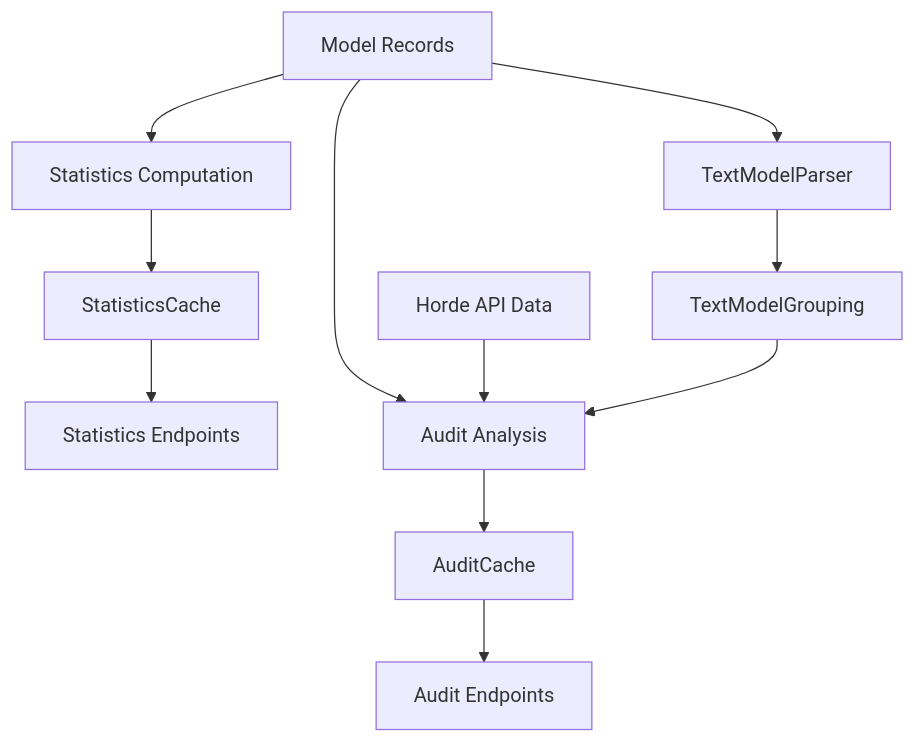
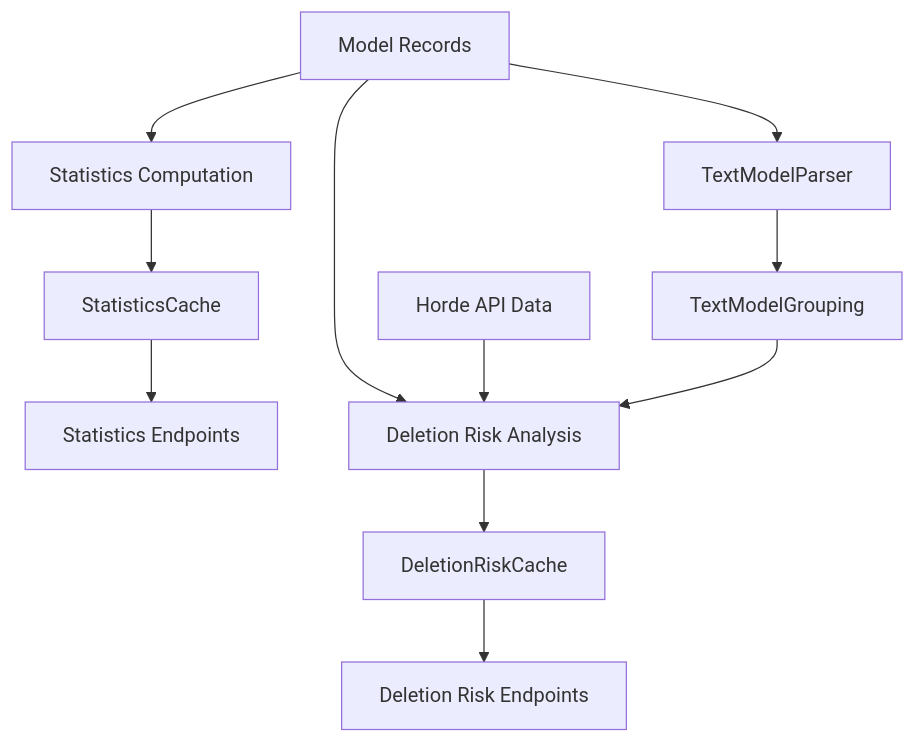
Before and after one commit to Haidra-Org/horde-model-reference: the first of 2 diagrams in docs/concepts/analytics_pipeline.md, drawn with Mermaid. The commit also changed other lines of this file and 41 other files, not shown here.

First line of the commit message:
refactor: 'audit' analysis to deletion_risk

````diff
--- a/docs/concepts/analytics_pipeline.md
+++ b/docs/concepts/analytics_pipeline.md
@@ -7,15 +7,15 @@
 ```mermaid
 graph TD
     MR[Model Records] --> Stats[Statistics Computation]
     Stats --> SC[StatisticsCache]
     SC --> SE[Statistics Endpoints]
 
-    MR --> AA[Audit Analysis]
+    MR --> AA[Deletion Risk Analysis]
     Horde[Horde API Data] --> AA
-    AA --> AC[AuditCache]
-    AC --> AE[Audit Endpoints]
+    AA --> AC[DeletionRiskCache]
+    AC --> AE[Deletion Risk Endpoints]
 
     MR --> TMP[TextModelParser]
     TMP --> TMG[TextModelGrouping]
     TMG --> AA
 ```
````
